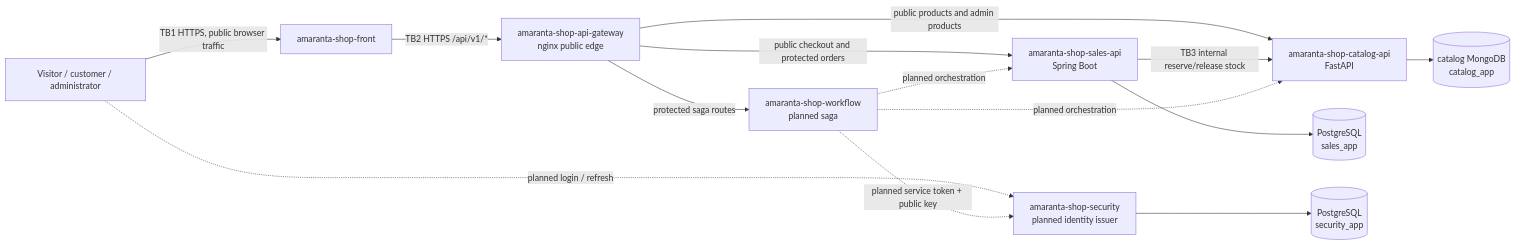
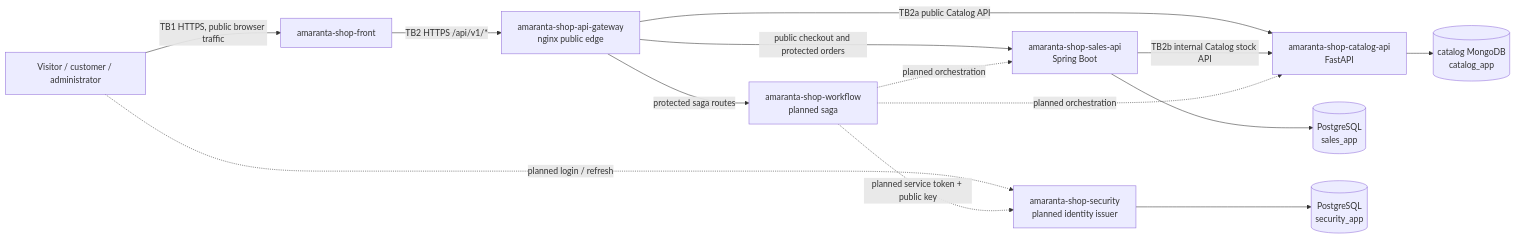
Before and after one commit to VMbrand/sistemas-distribuidos-2026-b-g2: the diagram in 13-week/workshop/01-attack-surface.md, drawn with Mermaid. The commit also changed other lines of this file and 1 other file, not shown here.

Commit message:
docs(w13): focus attack surface on Catalog API

````diff
--- a/13-week/workshop/01-attack-surface.md
+++ b/13-week/workshop/01-attack-surface.md
@@ -5,27 +5,27 @@
 ```mermaid
 flowchart LR
     V[Visitor / customer / administrator]
     F[amaranta-shop-front]
     G[amaranta-shop-api-gateway\nnginx public edge]
     C[amaranta-shop-catalog-api\nFastAPI]
     S[amaranta-shop-sales-api\nSpring Boot]
     W[amaranta-shop-workflow\nplanned saga]
     SEC[amaranta-shop-security\nplanned identity issuer]
     M[(catalog MongoDB\ncatalog_app)]
     P[(PostgreSQL\nsales_app)]
     SP[(PostgreSQL\nsecurity_app)]
 
     V -->|TB1 HTTPS, public browser traffic| F
     F -->|TB2 HTTPS /api/v1/*| G
-    G -->|public products and admin products| C
+    G -->|TB2a public Catalog API| C
     G -->|public checkout and protected orders| S
     G -->|protected saga routes| W
     V -. planned login / refresh .-> SEC
     SEC --> SP
     C --> M
     S --> P
-    S -->|TB3 internal reserve/release stock| C
+    S -->|TB2b internal Catalog stock API| C
     W -. planned service token + public key .-> SEC
     W -. planned orchestration .-> S
     W -. planned orchestration .-> C
 ```
````
